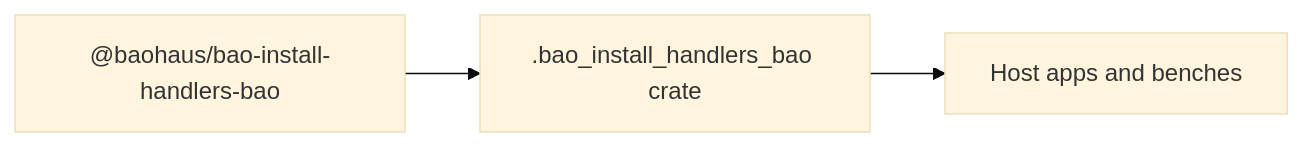
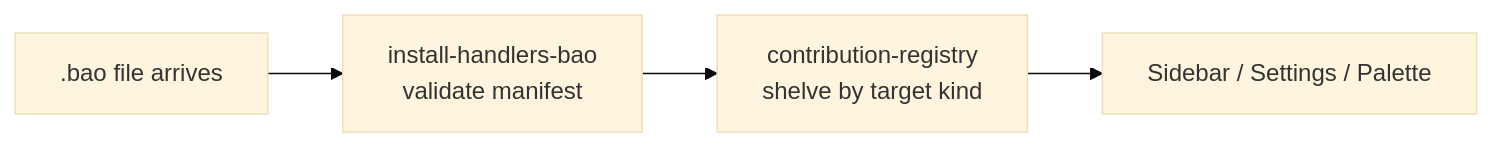
Before and after one commit to d4551/docduckgoose: the diagram in bao-source/bao-install-handlers-bao/README.md, drawn with Mermaid (base theme). The commit also changed other lines of this file and 295 other files, not shown here.

````diff
--- a/bao-source/bao-install-handlers-bao/README.md
+++ b/bao-source/bao-install-handlers-bao/README.md
@@ -10,5 +15,6 @@
 ```mermaid
 flowchart LR
-  producer["@baohaus/bao-install-handlers-bao"] --> crate[".bao_install_handlers_bao crate"]
-  crate --> consumers["Host apps and benches"]
+  bao[".bao file arrives"] --> handler["install-handlers-bao\nvalidate manifest"]
+  handler --> registry["contribution-registry\nshelve by target kind"]
+  registry --> surfaces["Sidebar / Settings / Palette"]
 ```
````
